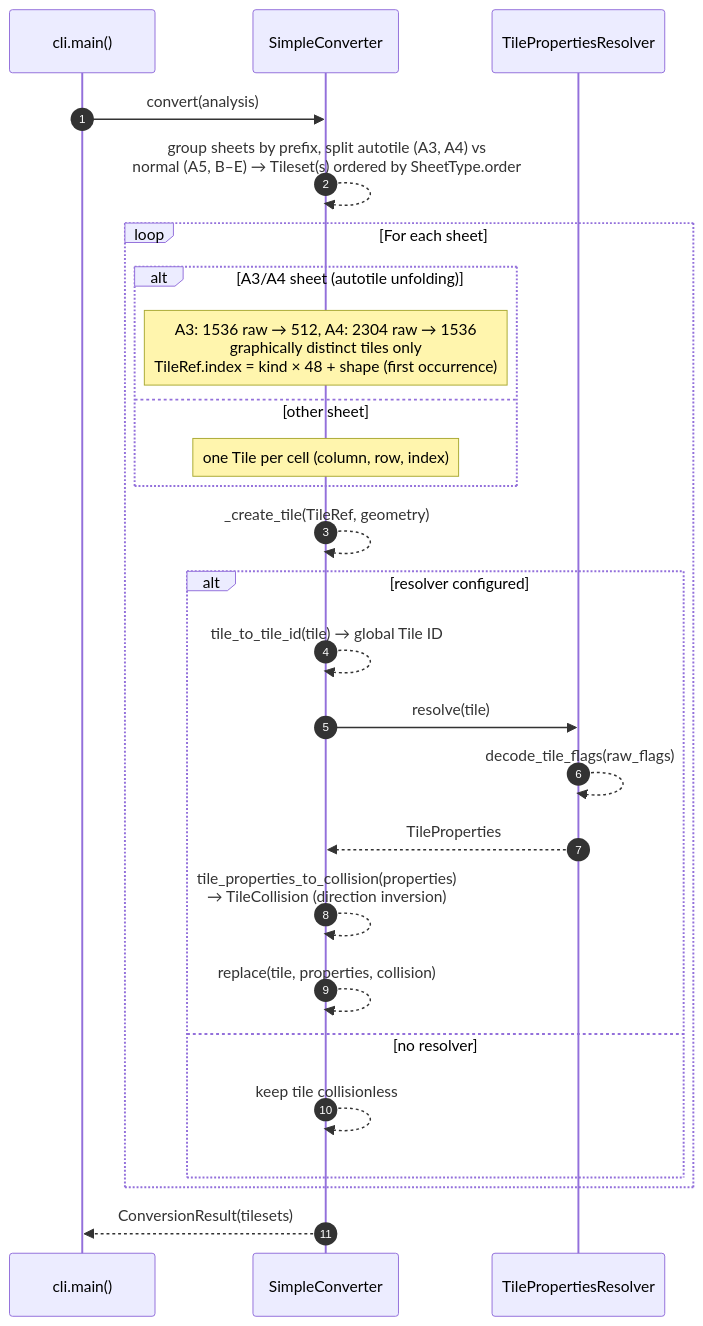
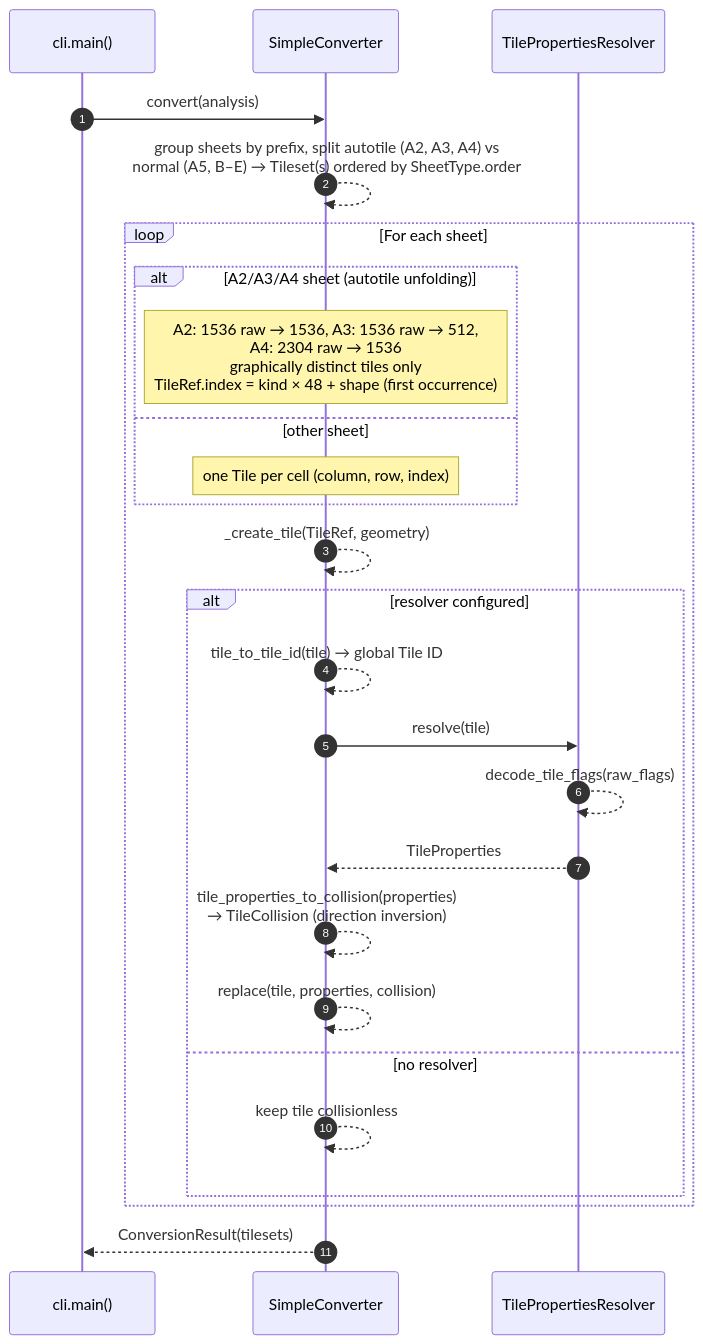
One commit to ultra-sonic-28/rpgmaker2godot changed the third of 4 diagrams in README.md. Above: the diagram before and after it, drawn with Mermaid. The commit also changed other lines of this file and 19 other files, not shown here.

````diff
--- a/README.md
+++ b/README.md
@@ -489,29 +528,29 @@
 ```mermaid
 sequenceDiagram
     autonumber
     participant CLI as cli.main()
     participant C as SimpleConverter
     participant R as TilePropertiesResolver
 
     CLI->>C: convert(analysis)
-    C-->>C: group sheets by prefix, split autotile (A3, A4) vs<br/>normal (A5, B–E) → Tileset(s) ordered by SheetType.order
+    C-->>C: group sheets by prefix, split autotile (A2, A3, A4) vs<br/>normal (A5, B–E) → Tileset(s) ordered by SheetType.order
     loop For each sheet
-        alt A3/A4 sheet (autotile unfolding)
-            Note over C: A3: 1536 raw → 512, A4: 2304 raw → 1536<br/>graphically distinct tiles only<br/>TileRef.index = kind × 48 + shape (first occurrence)
+        alt A2/A3/A4 sheet (autotile unfolding)
+            Note over C: A2: 1536 raw → 1536, A3: 1536 raw → 512,<br/>A4: 2304 raw → 1536<br/>graphically distinct tiles only<br/>TileRef.index = kind × 48 + shape (first occurrence)
         else other sheet
             Note over C: one Tile per cell (column, row, index)
         end
         C-->>C: _create_tile(TileRef, geometry)
         alt resolver configured
             C-->>C: tile_to_tile_id(tile) → global Tile ID
             C->>R: resolve(tile)
             R-->>R: decode_tile_flags(raw_flags)
             R-->>C: TileProperties
             C-->>C: tile_properties_to_collision(properties)<br/>→ TileCollision (direction inversion)
             C-->>C: replace(tile, properties, collision)
         else no resolver
             C-->>C: keep tile collisionless
         end
     end
     C-->>CLI: ConversionResult(tilesets)
 ```
````
